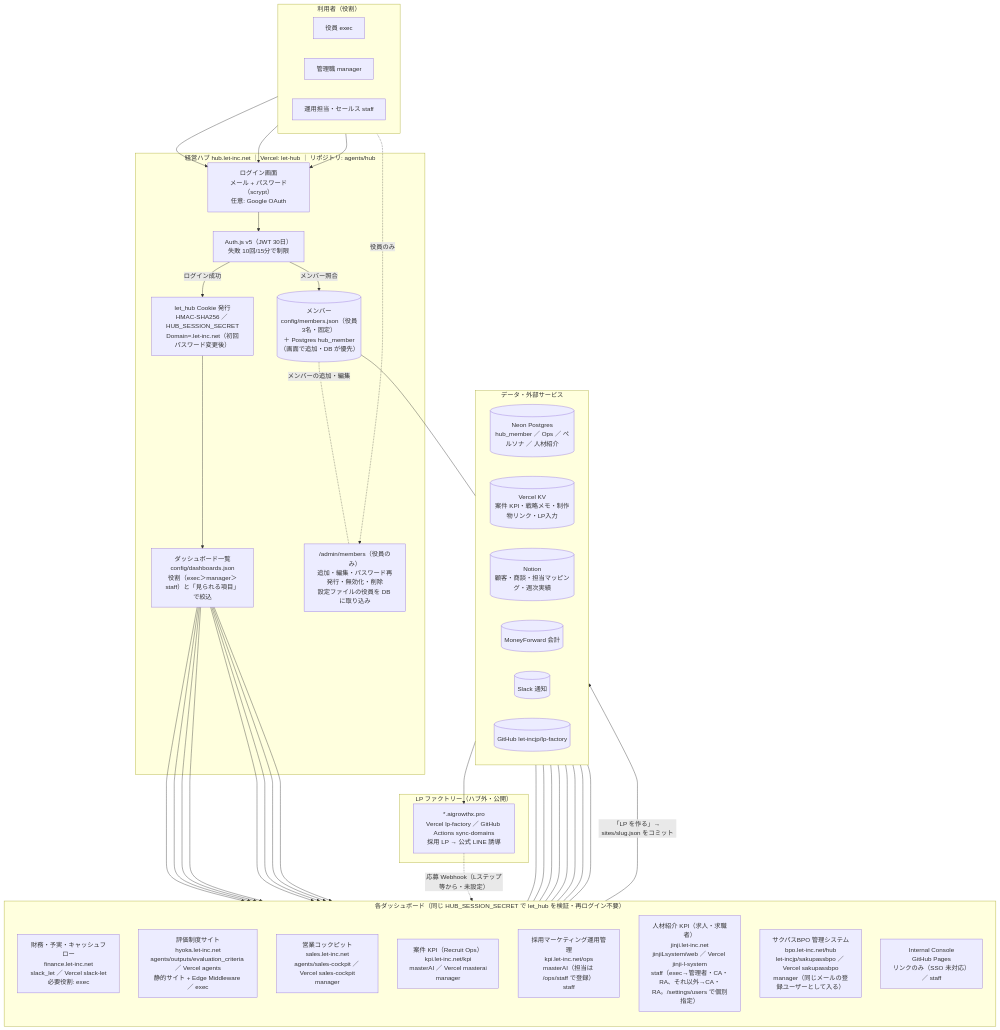
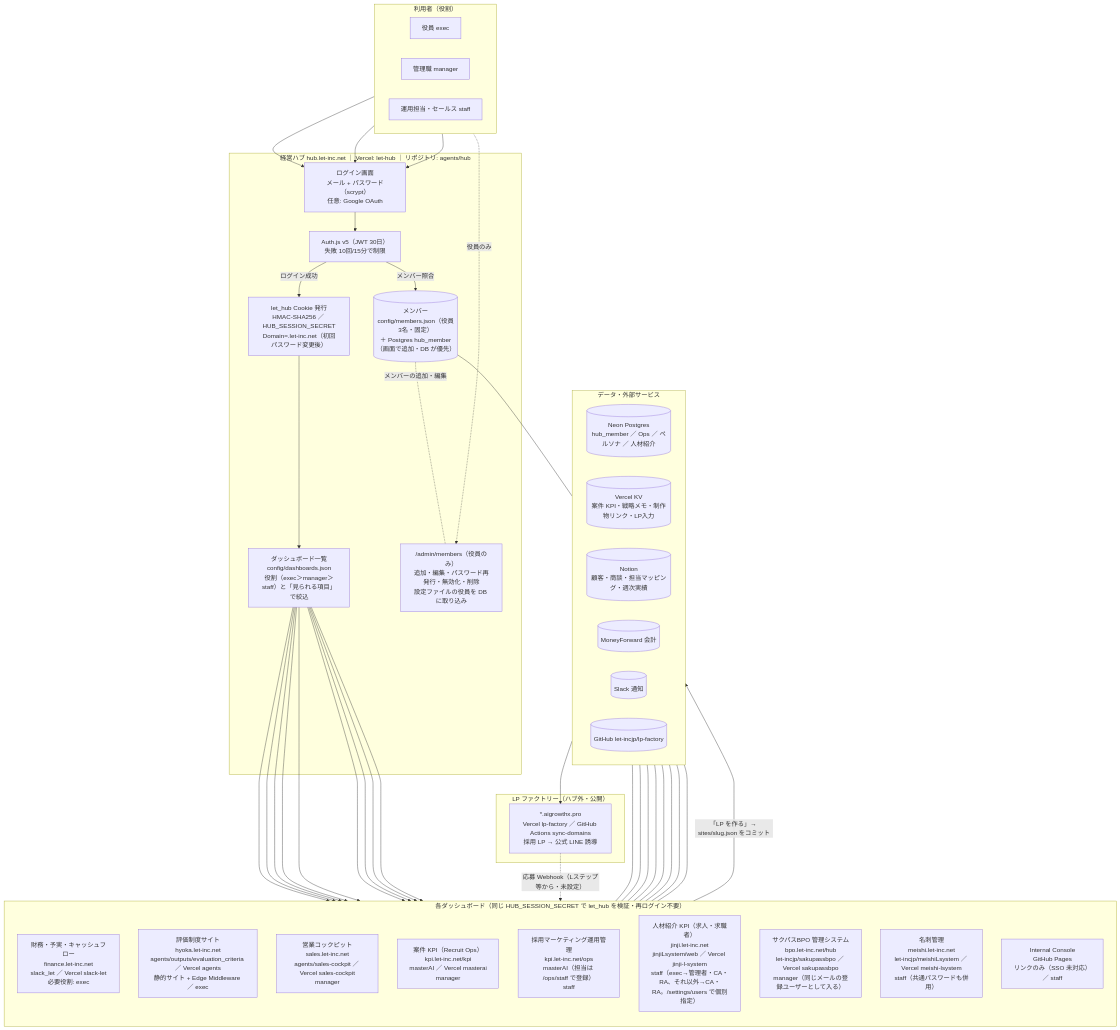
Before and after one commit to eijiyoshikawa/agents: the diagram in docs/HUB_ARCHITECTURE_2026-10-22.md, drawn with Mermaid. The commit also changed other lines of this file and 2 other files, not shown here.

````diff
--- a/docs/HUB_ARCHITECTURE_2026-10-22.md
+++ b/docs/HUB_ARCHITECTURE_2026-10-22.md
@@ -11,74 +11,76 @@
 ```mermaid
 flowchart TB
   subgraph users["利用者（役割）"]
     direction LR
     exec["役員 exec"]
     mgr["管理職 manager"]
     staff["運用担当・セールス staff"]
   end
 
   subgraph hub["経営ハブ hub.let-inc.net ｜ Vercel: let-hub ｜ リポジトリ: agents/hub"]
     login["ログイン画面<br/>メール + パスワード（scrypt）<br/>任意: Google OAuth"]
     auth["Auth.js v5（JWT 30日）<br/>失敗 10回/15分で制限"]
     members[("メンバー<br/>config/members.json（役員3名・固定）<br/>＋ Postgres hub_member（画面で追加・DB が優先）")]
     cookie["let_hub Cookie 発行<br/>HMAC-SHA256 ／ HUB_SESSION_SECRET<br/>Domain=.let-inc.net（初回パスワード変更後）"]
     dash["ダッシュボード一覧<br/>config/dashboards.json<br/>役割（exec＞manager＞staff）と「見られる項目」で絞込"]
     admin["/admin/members（役員のみ）<br/>追加・編集・パスワード再発行・無効化・削除<br/>設定ファイルの役員を DB に取り込み"]
   end
 
   exec --> login
   mgr --> login
   staff --> login
   login --> auth
   auth -- "メンバー照合" --> members
   auth -- "ログイン成功" --> cookie --> dash
   members -. "メンバーの追加・編集" .- admin
   exec -. "役員のみ" .-> admin
 
   subgraph apps["各ダッシュボード（同じ HUB_SESSION_SECRET で let_hub を検証・再ログイン不要）"]
     direction TB
     fin["財務・予実・キャッシュフロー<br/>finance.let-inc.net<br/>slack_let ／ Vercel slack-let<br/>必要役割: exec"]
     hyoka["評価制度サイト<br/>hyoka.let-inc.net<br/>agents/outputs/evaluation_criteria ／ Vercel agents<br/>静的サイト + Edge Middleware ／ exec"]
     sales["営業コックピット<br/>sales.let-inc.net<br/>agents/sales-cockpit ／ Vercel sales-cockpit<br/>manager"]
     kpi["案件 KPI（Recruit Ops）<br/>kpi.let-inc.net/kpi<br/>masterAI ／ Vercel masterai<br/>manager"]
     ops["採用マーケティング運用管理<br/>kpi.let-inc.net/ops<br/>masterAI（担当は /ops/staff で登録）<br/>staff"]
     jinji["人材紹介 KPI（求人・求職者）<br/>jinji.let-inc.net<br/>jinjiLsystem/web ／ Vercel jinji-l-system<br/>staff（exec→管理者・CA・RA、それ以外→CA・RA。/settings/users で個別指定）"]
     bpo["サクパスBPO 管理システム<br/>bpo.let-inc.net/hub<br/>let-incjp/sakupassbpo ／ Vercel sakupassbpo<br/>manager（同じメールの登録ユーザーとして入る）"]
+    meishi["名刺管理<br/>meishi.let-inc.net<br/>let-incjp/meishiLsystem ／ Vercel meishi-lsystem<br/>staff（共通パスワードも併用）"]
     console["Internal Console<br/>GitHub Pages<br/>リンクのみ（SSO 未対応）／ staff"]
   end
 
   dash --> fin
   dash --> hyoka
   dash --> sales
   dash --> kpi
   dash --> ops
   dash --> jinji
   dash --> bpo
+  dash --> meishi
   dash --> console
 
   subgraph data["データ・外部サービス"]
     direction LR
     pg[("Neon Postgres<br/>hub_member ／ Ops ／ ペルソナ ／ 人材紹介")]
     kv[("Vercel KV<br/>案件 KPI・戦略メモ・制作物リンク・LP入力")]
     notion[("Notion<br/>顧客・商談・担当マッピング・週次実績")]
     mf[("MoneyForward 会計")]
     slack[("Slack 通知")]
     gh[("GitHub let-incjp/lp-factory")]
   end
 
   members --- pg
   ops --- pg
   jinji --- pg
   kpi --- kv
   kpi --- notion
   sales --- notion
   fin --- mf
   fin --- slack
   ops --- slack
 
   subgraph lp["LP ファクトリー（ハブ外・公開）"]
     lpf["*.aigrowthx.pro<br/>Vercel lp-factory ／ GitHub Actions sync-domains<br/>採用 LP → 公式 LINE 誘導"]
   end
   kpi -- "「LP を作る」→ sites/slug.json をコミット" --> gh --> lpf
   lpf -. "応募 Webhook（Lステップ等から・未設定）" .-> kpi
 ```
````
